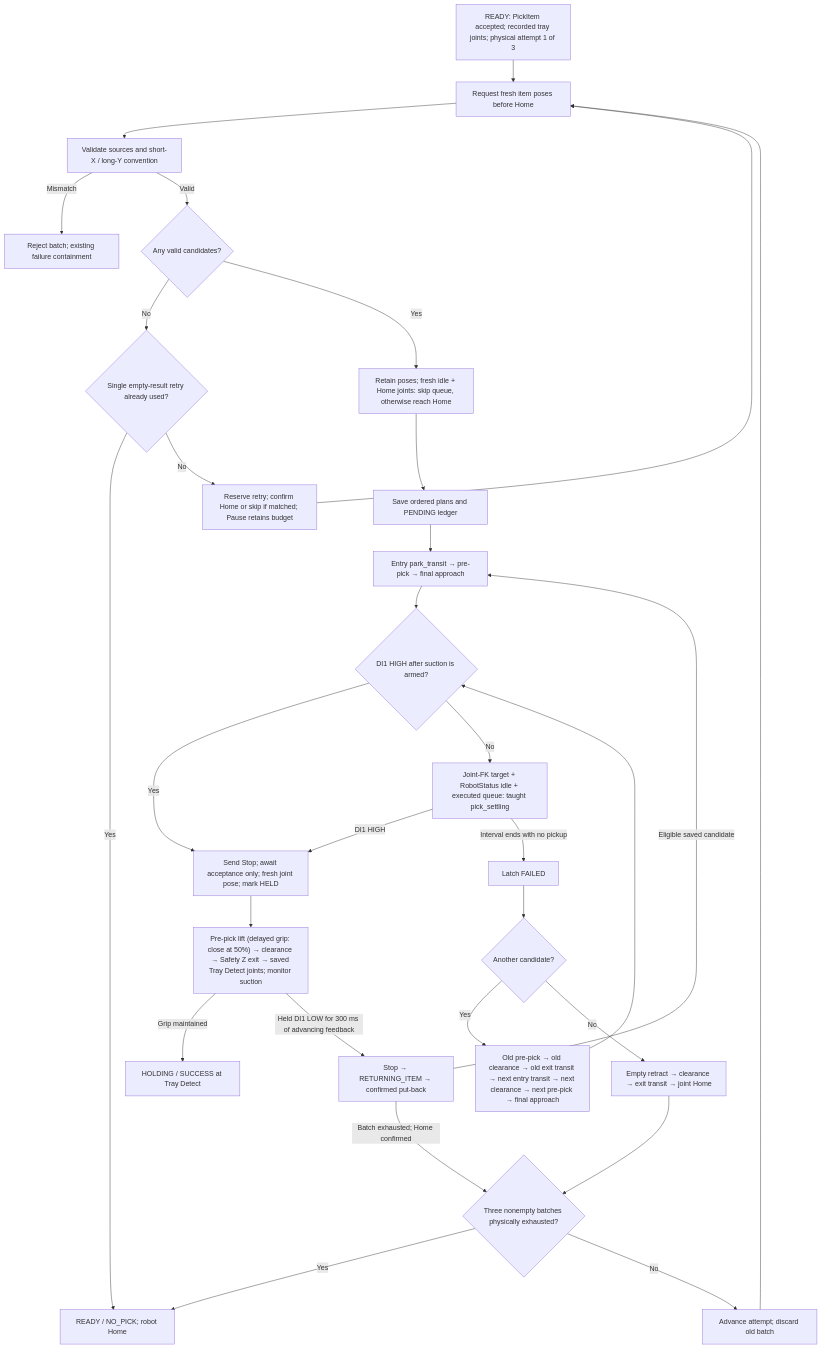
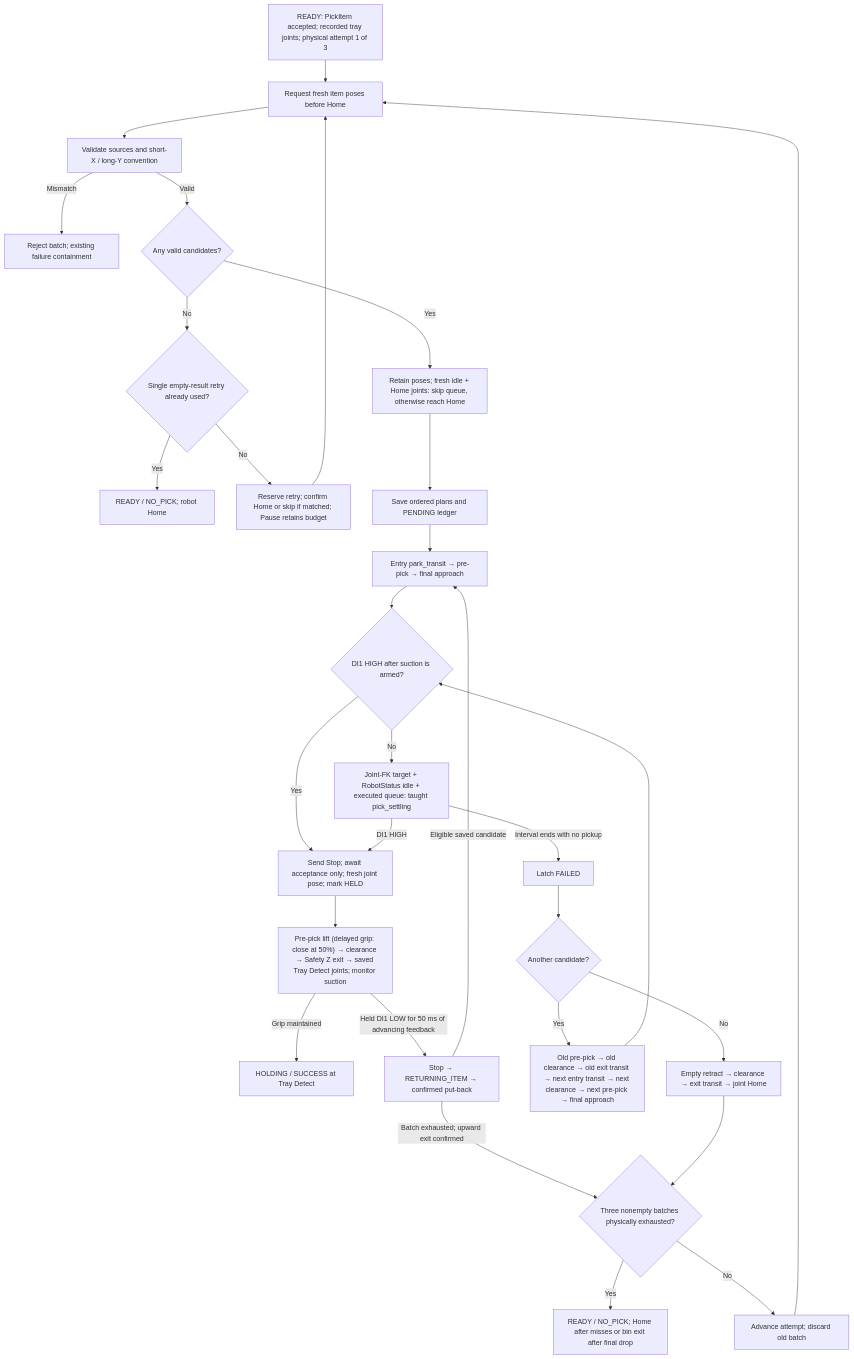
The third of 9 diagrams in docs/ROBOT_CONTROLLER_FSM.md (esgange/dobot_picknplace_yolo), drawn with Mermaid before and after one commit. The commit also changed other lines of this file and 23 other files, not shown here.

````diff
--- a/docs/ROBOT_CONTROLLER_FSM.md
+++ b/docs/ROBOT_CONTROLLER_FSM.md
@@ -504,33 +515,33 @@
 ```mermaid
 flowchart TD
     Request["READY: PickItem accepted; recorded tray joints; physical attempt 1 of 3"] --> Detect["Request fresh item poses before Home"]
     Detect --> Validate["Validate sources and short-X / long-Y convention"]
     Validate -->|Mismatch| Reject["Reject batch; existing failure containment"]
     Validate -->|Valid| Any{"Any valid candidates?"}
     Any -->|No| EmptyBudget{"Single empty-result retry already used?"}
     EmptyBudget -->|Yes| Empty["READY / NO_PICK; robot Home"]
     EmptyBudget -->|No| RetryHome["Reserve retry; confirm Home or skip if matched; Pause retains budget"]
     RetryHome --> Detect
     Limit{"Three nonempty batches physically exhausted?"}
-    Limit -->|Yes| Empty
+    Limit -->|Yes| NoPick["READY / NO_PICK; Home after misses or bin exit after final drop"]
     Limit -->|No| Next["Advance attempt; discard old batch"]
     Next --> Detect
     Any -->|Yes| Home["Retain poses; fresh idle + Home joints: skip queue, otherwise reach Home"]
     Home --> Plan["Save ordered plans and PENDING ledger"]
     Plan --> Entry["Entry park_transit → pre-pick → final approach"]
     Entry --> Sense{"DI1 HIGH after suction is armed?"}
     Sense -->|Yes| Acquire["Send Stop; await acceptance only; fresh joint pose; mark HELD"]
     Sense -->|No| Settle["Joint-FK target + RobotStatus idle + executed queue: taught pick_settling"]
     Settle -->|DI1 HIGH| Acquire
     Settle -->|Interval ends with no pickup| Miss["Latch FAILED"]
     Acquire --> HeldReturn["Pre-pick lift (delayed grip: close at 50%) → clearance → Safety Z exit → saved Tray Detect joints; monitor suction"]
     HeldReturn -->|Grip maintained| Success["HOLDING / SUCCESS at Tray Detect"]
-    HeldReturn -->|Held DI1 LOW for 300 ms of advancing feedback| PutBack["Stop → RETURNING_ITEM → confirmed put-back"]
+    HeldReturn -->|Held DI1 LOW for 50 ms of advancing feedback| PutBack["Stop → RETURNING_ITEM → confirmed put-back"]
     PutBack -->|Eligible saved candidate| Entry
-    PutBack -->|Batch exhausted; Home confirmed| Limit
+    PutBack -->|Batch exhausted; upward exit confirmed| Limit
     Miss --> More{"Another candidate?"}
     More -->|Yes| Retry["Old pre-pick → old clearance → old exit transit → next entry transit → next clearance → next pre-pick → final approach"]
     Retry --> Sense
     More -->|No| Exhausted["Empty retract → clearance → exit transit → joint Home"]
     Exhausted --> Limit
 ```
````
